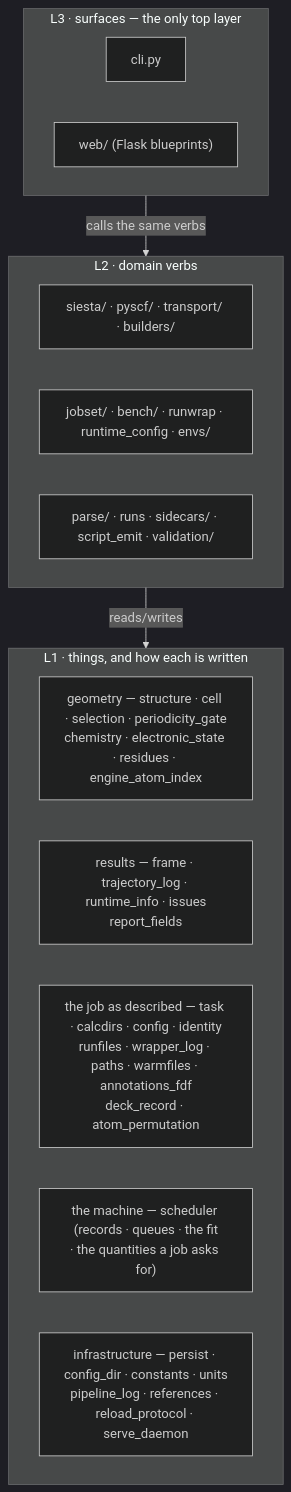
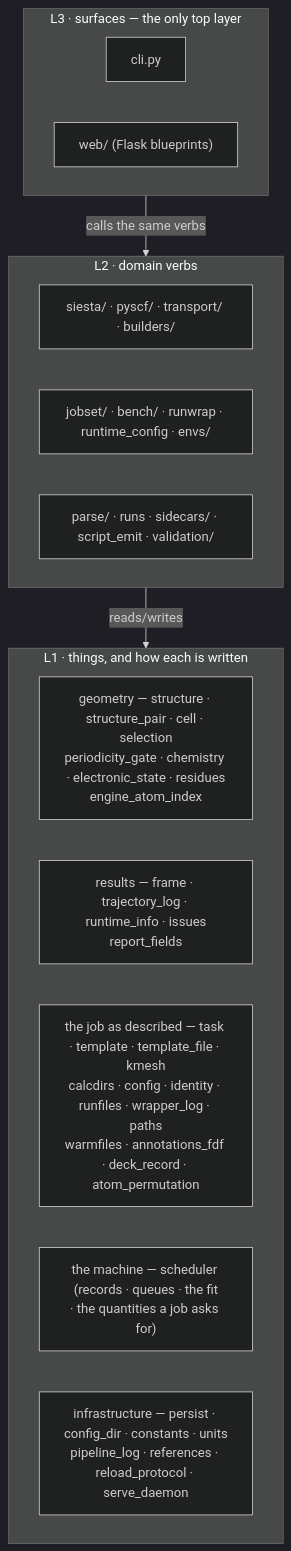
The diagram in docs/architecture.md (Qing-LAB/molbuilder), drawn with Mermaid (dark theme) before and after one commit. The commit also changed other lines of this file and 106 other files, not shown here.

````diff
--- a/docs/architecture.md
+++ b/docs/architecture.md
@@ -102,21 +102,21 @@
 ```mermaid
 flowchart TB
   subgraph L3["L3 · surfaces — the only top layer"]
     CLI["cli.py"]
     WEB["web/ (Flask blueprints)"]
   end
   subgraph L2["L2 · domain verbs"]
     ENG["siesta/ · pyscf/ · transport/ · builders/"]
     EXE["jobset/ · bench/ · runwrap · runtime_config · envs/"]
     RW["parse/ · runs · sidecars/ · script_emit · validation/"]
   end
   subgraph L1["L1 · things, and how each is written"]
-    GEO["geometry — structure · cell · selection · periodicity_gate<br/>chemistry · electronic_state · residues · engine_atom_index"]
+    GEO["geometry — structure · structure_pair · cell · selection<br/>periodicity_gate · chemistry · electronic_state · residues<br/>engine_atom_index"]
     RES["results — frame · trajectory_log · runtime_info · issues<br/>report_fields"]
-    JOB["the job as described — task · calcdirs · config · identity<br/>runfiles · wrapper_log · paths · warmfiles · annotations_fdf<br/>deck_record · atom_permutation"]
+    JOB["the job as described — task · template · template_file · kmesh<br/>calcdirs · config · identity · runfiles · wrapper_log · paths<br/>warmfiles · annotations_fdf · deck_record · atom_permutation"]
     MACH["the machine — scheduler (records · queues · the fit<br/>· the quantities a job asks for)"]
     INF["infrastructure — persist · config_dir · constants · units<br/>pipeline_log · references · reload_protocol · serve_daemon"]
   end
   L3 -->|calls the same verbs| L2
   L2 -->|reads/writes| L1
 ```
````
